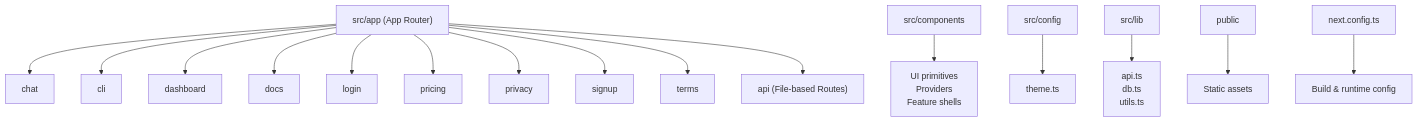
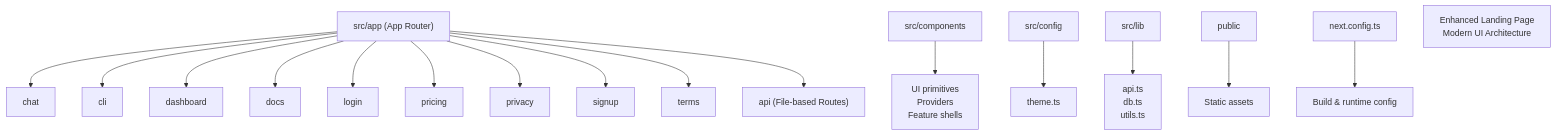
Before and after one commit to HassanAmeer/cheaprouter: the first of 8 diagrams in .qoder/repowiki/en/content/Frontend Architecture/Application Structure.md, drawn with Mermaid. The commit also changed other lines of this file and 10 other files, not shown here.

````diff
--- a/.qoder/repowiki/en/content/Frontend Architecture/Application Structure.md
+++ b/.qoder/repowiki/en/content/Frontend Architecture/Application Structure.md
@@ -63,18 +71,19 @@
 ```mermaid
 graph TB
 A["src/app (App Router)"] --> B["chat"]
 A --> C["cli"]
 A --> D["dashboard"]
 A --> E["docs"]
 A --> F["login"]
 A --> G["pricing"]
 A --> H["privacy"]
 A --> I["signup"]
 A --> J["terms"]
 A --> K["api (File-based Routes)"]
 L["src/components"] --> M["UI primitives<br/>Providers<br/>Feature shells"]
 N["src/config"] --> O["theme.ts"]
 P["src/lib"] --> Q["api.ts<br/>db.ts<br/>utils.ts"]
 R["public"] --> S["Static assets"]
 T["next.config.ts"] --> U["Build & runtime config"]
+V["Enhanced Landing Page<br/>Modern UI Architecture"]
 ```
````
